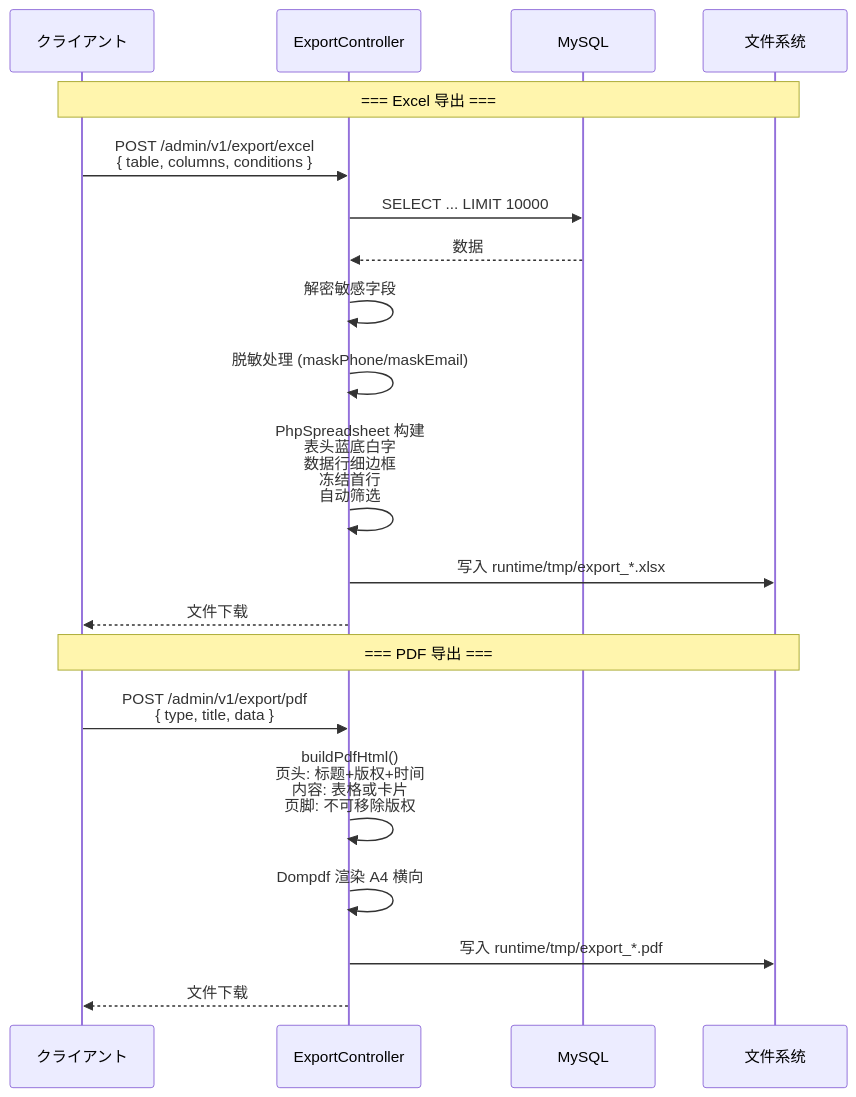
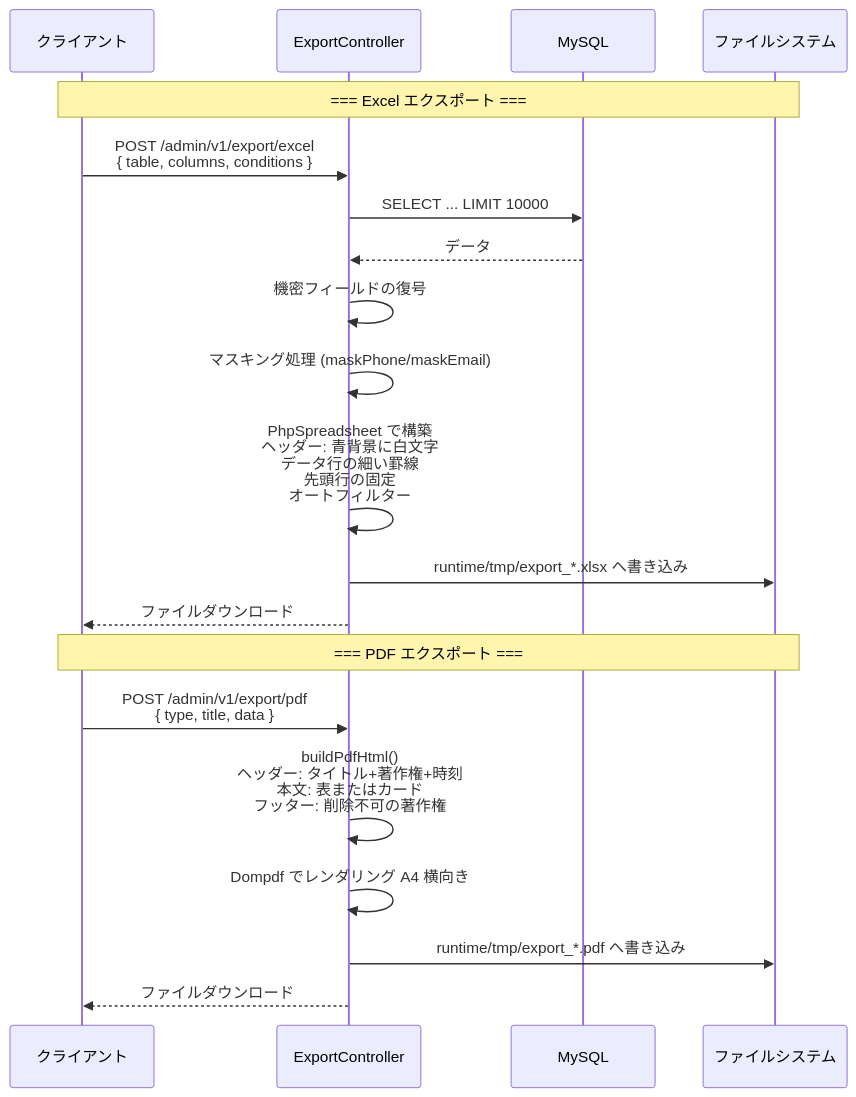
The tenth of 14 diagrams in admin/docs/ARCHITECTURE.ja.md (erikwang2013/game-platform-php), drawn with Mermaid before and after one commit. The commit also changed other lines of this file and 211 other files, not shown here.

First line of the commit message:
fix: 支付配置读回类型根治、提现事件对账巡检，12 语族 mermaid 与 API 标签本地化

````diff
--- a/admin/docs/ARCHITECTURE.ja.md
+++ b/admin/docs/ARCHITECTURE.ja.md
@@ -520,24 +520,24 @@
 ```mermaid
 sequenceDiagram
     participant C as クライアント
     participant CTL as ExportController
     participant DB as MySQL
-    participant FS as 文件系统
+    participant FS as ファイルシステム
 
-    Note over C,FS: === Excel 导出 ===
+    Note over C,FS: === Excel エクスポート ===
     C->>CTL: POST /admin/v1/export/excel<br/>{ table, columns, conditions }
     CTL->>DB: SELECT ... LIMIT 10000
-    DB-->>CTL: 数据
-    CTL->>CTL: 解密敏感字段
-    CTL->>CTL: 脱敏处理 (maskPhone/maskEmail)
-    CTL->>CTL: PhpSpreadsheet 构建<br/>表头蓝底白字<br/>数据行细边框<br/>冻结首行<br/>自动筛选
-    CTL->>FS: 写入 runtime/tmp/export_*.xlsx
-    CTL-->>C: 文件下载
+    DB-->>CTL: データ
+    CTL->>CTL: 機密フィールドの復号
+    CTL->>CTL: マスキング処理 (maskPhone/maskEmail)
+    CTL->>CTL: PhpSpreadsheet で構築<br/>ヘッダー: 青背景に白文字<br/>データ行の細い罫線<br/>先頭行の固定<br/>オートフィルター
+    CTL->>FS: runtime/tmp/export_*.xlsx へ書き込み
+    CTL-->>C: ファイルダウンロード
 
-    Note over C,FS: === PDF 导出 ===
+    Note over C,FS: === PDF エクスポート ===
     C->>CTL: POST /admin/v1/export/pdf<br/>{ type, title, data }
-    CTL->>CTL: buildPdfHtml()<br/>页头: 标题+版权+时间<br/>内容: 表格或卡片<br/>页脚: 不可移除版权
-    CTL->>CTL: Dompdf 渲染 A4 横向
-    CTL->>FS: 写入 runtime/tmp/export_*.pdf
-    CTL-->>C: 文件下载
+    CTL->>CTL: buildPdfHtml()<br/>ヘッダー: タイトル+著作権+時刻<br/>本文: 表またはカード<br/>フッター: 削除不可の著作権
+    CTL->>CTL: Dompdf でレンダリング A4 横向き
+    CTL->>FS: runtime/tmp/export_*.pdf へ書き込み
+    CTL-->>C: ファイルダウンロード
 ```
````
